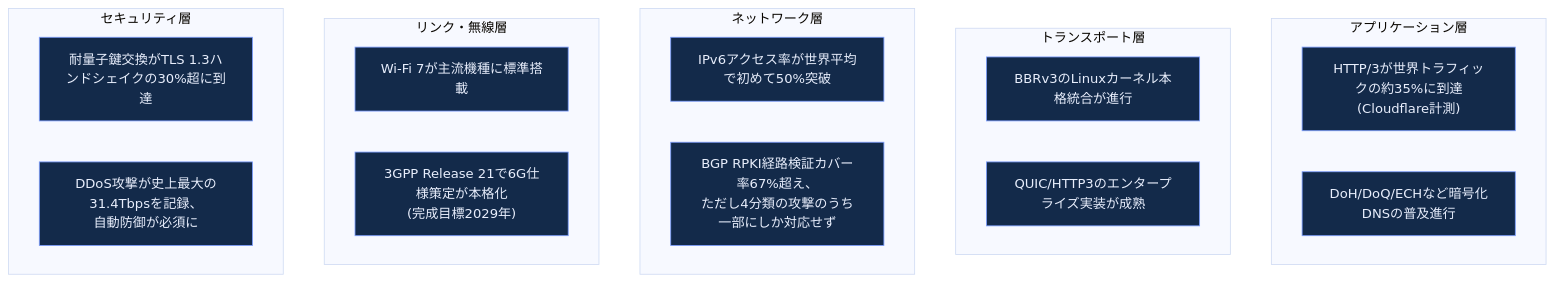
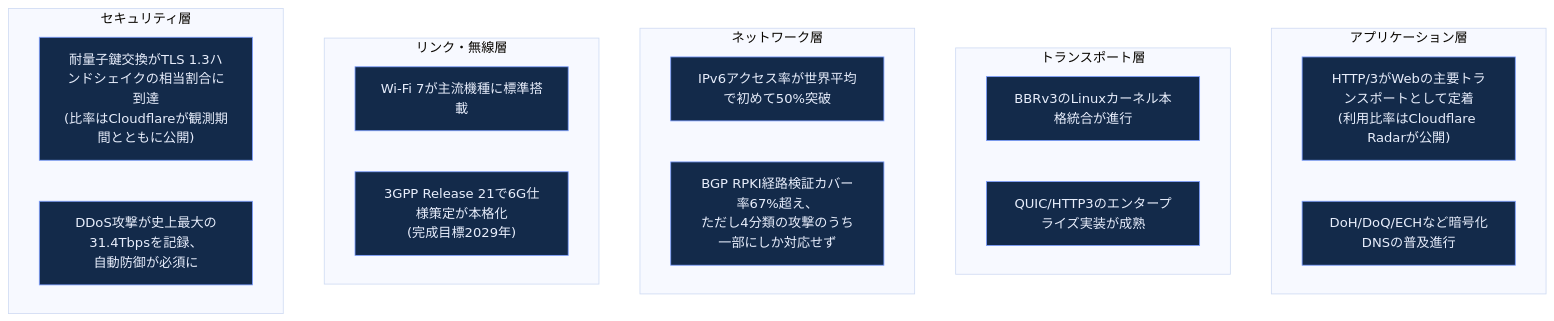
Before and after one commit to myoshi2891/Cloud-Infrastructure-Studies: diagram 40 of 41 in Computer-networking-topdown-guide.md, drawn with Mermaid (base theme). The commit also changed other lines of this file, not shown here.

````diff
--- a/Computer-networking-topdown-guide.md
+++ b/Computer-networking-topdown-guide.md
@@ -1041,26 +1041,26 @@
 ```mermaid
 flowchart TD
     subgraph L_APP["アプリケーション層"]
-        T1["HTTP/3が世界トラフィックの約35%に到達<br/>(Cloudflare計測)"]
+        T1["HTTP/3がWebの主要トランスポートとして定着<br/>(利用比率はCloudflare Radarが公開)"]
         T2["DoH/DoQ/ECHなど暗号化DNSの普及進行"]
     end
     subgraph L_TRANS["トランスポート層"]
         T3["BBRv3のLinuxカーネル本格統合が進行"]
         T4["QUIC/HTTP3のエンタープライズ実装が成熟"]
     end
     subgraph L_NET["ネットワーク層"]
         T5["IPv6アクセス率が世界平均で初めて50%突破"]
         T6["BGP RPKI経路検証カバー率67%超え、<br/>ただし4分類の攻撃のうち一部にしか対応せず"]
     end
     subgraph L_LINK["リンク・無線層"]
         T7["Wi-Fi 7が主流機種に標準搭載"]
         T8["3GPP Release 21で6G仕様策定が本格化<br/>(完成目標2029年)"]
     end
     subgraph L_SEC["セキュリティ層"]
-        T9["耐量子鍵交換がTLS 1.3ハンドシェイクの30%超に到達"]
+        T9["耐量子鍵交換がTLS 1.3ハンドシェイクの相当割合に到達<br/>(比率はCloudflareが観測期間とともに公開)"]
         T10["DDoS攻撃が史上最大の31.4Tbpsを記録、<br/>自動防御が必須に"]
     end
 
     classDef trendFill fill:#132a4a,stroke:#7c9eff,color:#e8eefc
     class T1,T2,T3,T4,T5,T6,T7,T8,T9,T10 trendFill
 ```
````
